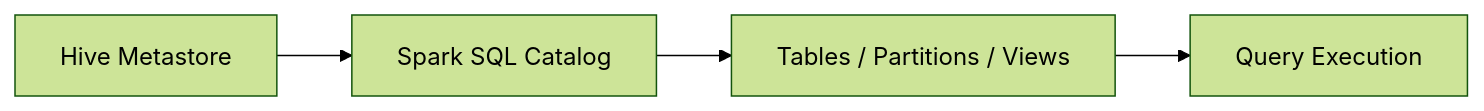
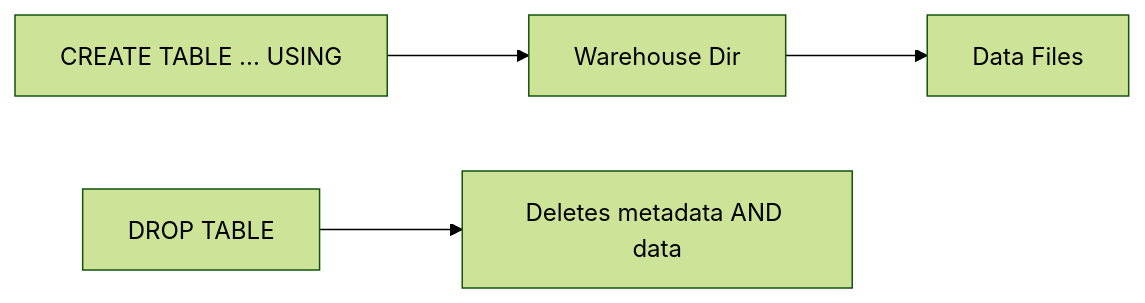
The diagram in spark-sql/docs/data-sources/hive/table/managed.md (mahfooziiitian/spark-batch), drawn with Mermaid (forest theme) before and after one commit. The commit also changed other lines of this file and 9 other files, not shown here.

First line of the commit message:
docs(data-sources): expand thin Hive integration pages

````diff
--- a/spark-sql/docs/data-sources/hive/table/managed.md
+++ b/spark-sql/docs/data-sources/hive/table/managed.md
@@ -8,6 +9,6 @@
 ```mermaid
 graph LR
-    A["Hive Metastore"] --> B["Spark SQL Catalog"]
-    B --> C["Tables / Partitions / Views"]
-    C --> D["Query Execution"]
+    A["CREATE TABLE ... USING"] --> B["Warehouse Dir"]
+    B --> C["Data Files"]
+    D["DROP TABLE"] --> E["Deletes metadata AND data"]
 ```
````
